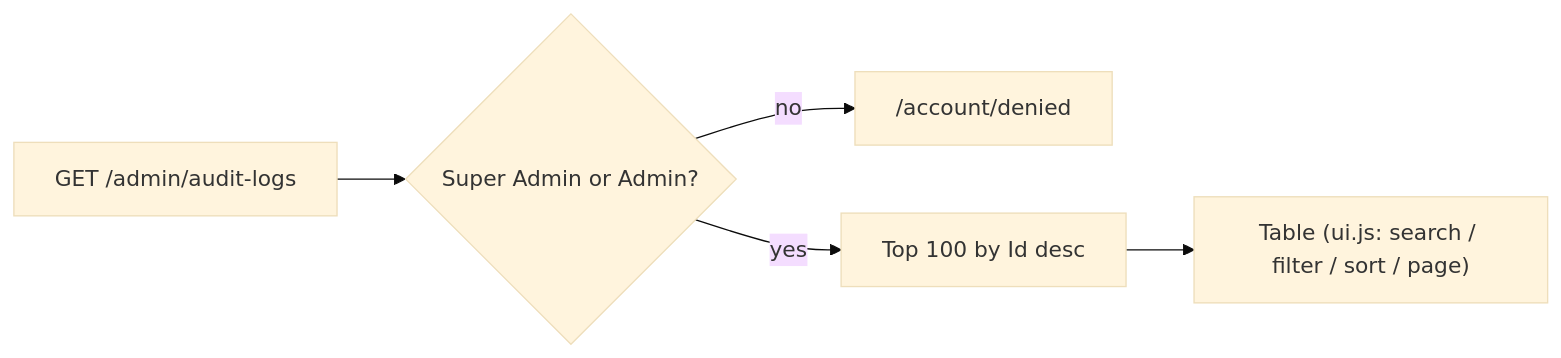
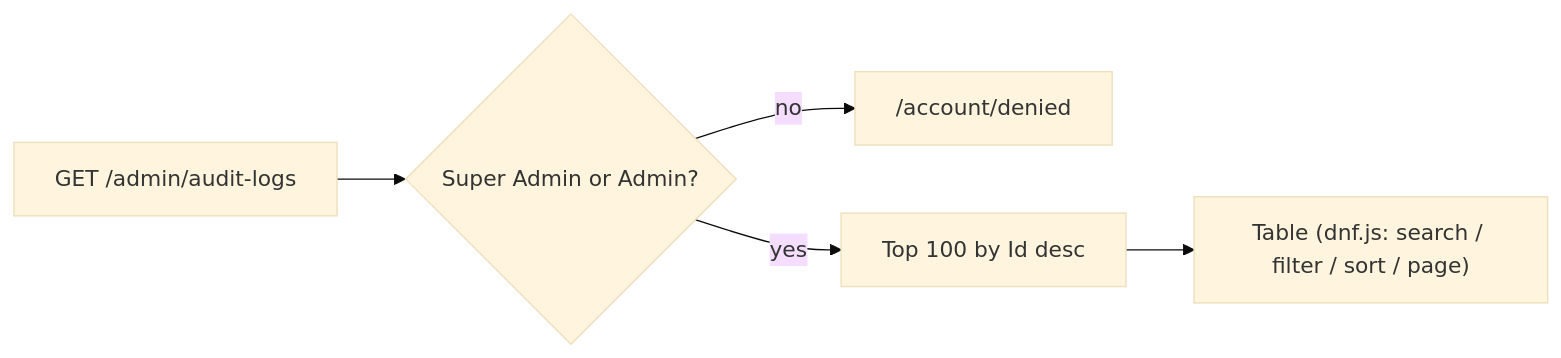
One commit to Albadit/DotNetForge changed the diagram in .docs/pages/audit-logs.md. Above: the diagram before and after it, drawn with Mermaid (base theme). The commit also changed other lines of this file and 412 other files, not shown here.

````diff
--- a/.docs/pages/audit-logs.md
+++ b/.docs/pages/audit-logs.md
@@ -114,6 +114,6 @@
 ```mermaid
 flowchart LR
     A["GET /admin/audit-logs"] --> B{"Super Admin or Admin?"}
     B -- no --> D["/account/denied"]
-    B -- yes --> C["Top 100 by Id desc"] --> E["Table (ui.js: search / filter / sort / page)"]
+    B -- yes --> C["Top 100 by Id desc"] --> E["Table (dnf.js: search / filter / sort / page)"]
 ```
````
